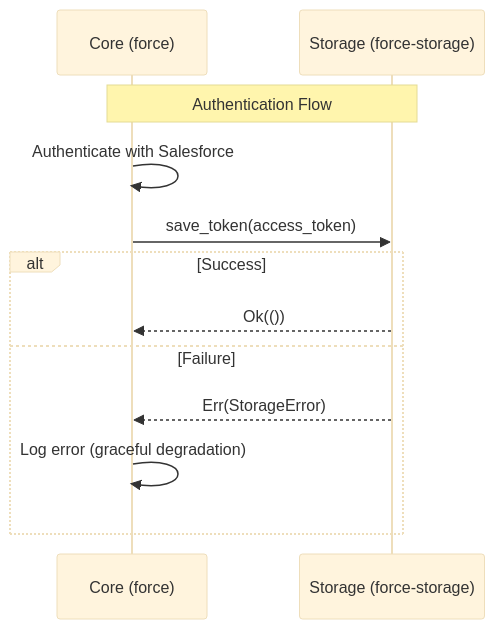
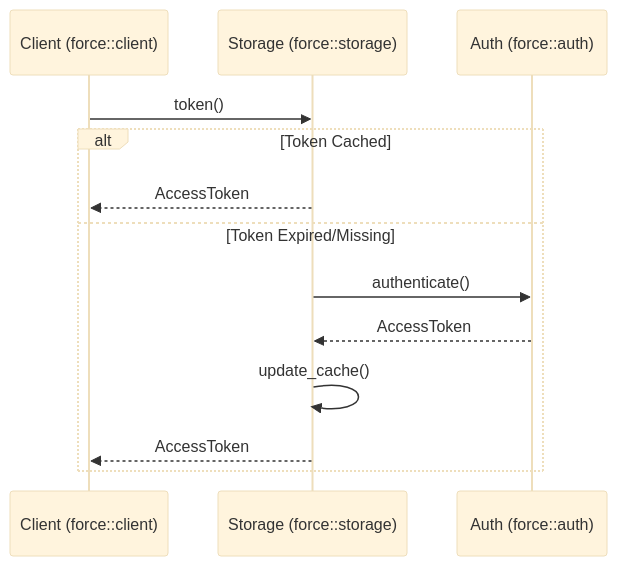
The third of 3 diagrams in docs/architecture.md (madmax983/force-rs), drawn with Mermaid (base theme) before and after one commit. The commit also changed other lines of this file and 5 other files, not shown here.

First line of the commit message:
Refactor: Decouple storage from auth module

````diff
--- a/docs/architecture.md
+++ b/docs/architecture.md
@@ -35,15 +41,16 @@
 ```mermaid
 sequenceDiagram
-    participant C as Core (force)
-    participant S as Storage (force-storage)
+    participant C as Client (force::client)
+    participant S as Storage (force::storage)
+    participant A as Auth (force::auth)
 
-    Note over C, S: Authentication Flow
-    C->>C: Authenticate with Salesforce
-    C->>S: save_token(access_token)
-    alt Success
-        S-->>C: Ok(())
-    else Failure
-        S-->>C: Err(StorageError)
-        C->>C: Log error (graceful degradation)
+    C->>S: token()
+    alt Token Cached
+        S-->>C: AccessToken
+    else Token Expired/Missing
+        S->>A: authenticate()
+        A-->>S: AccessToken
+        S->>S: update_cache()
+        S-->>C: AccessToken
     end
 ```
````
